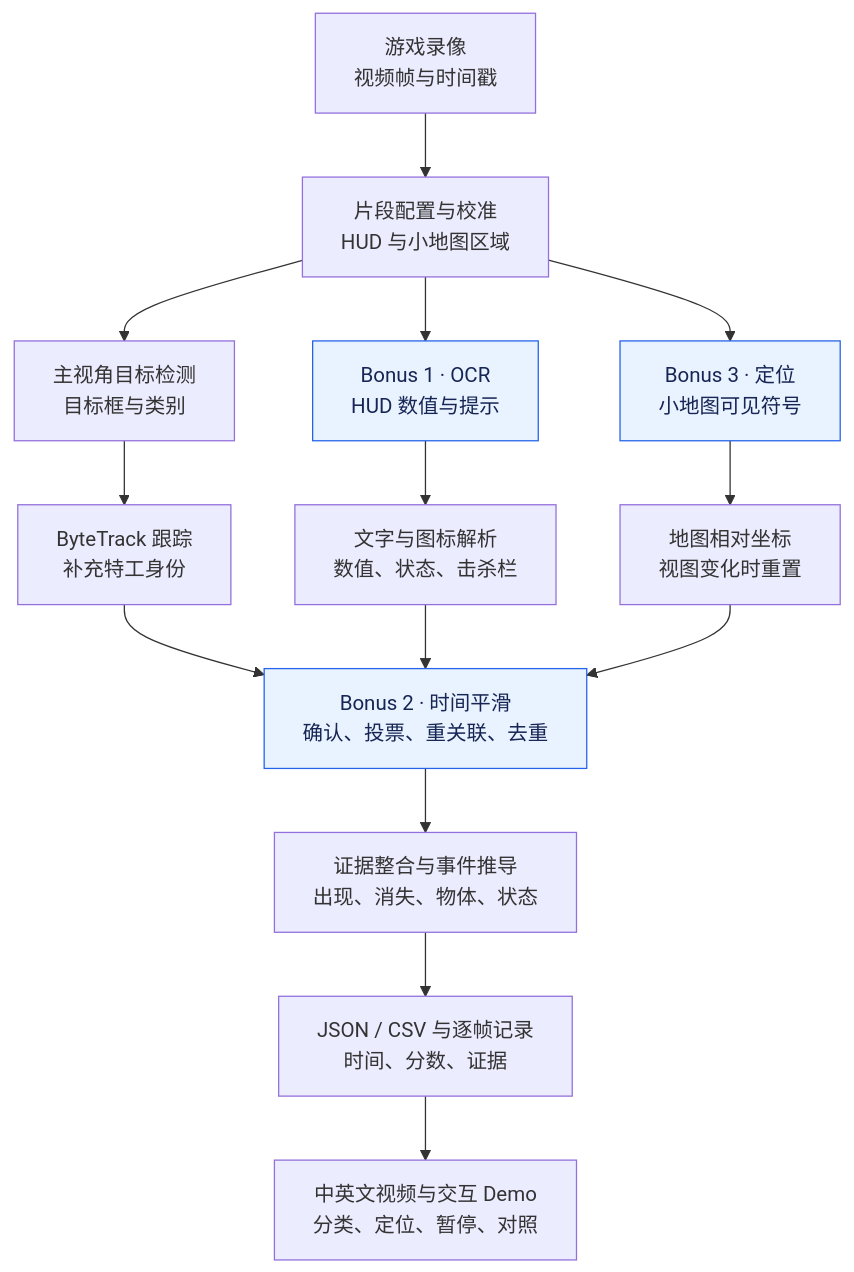
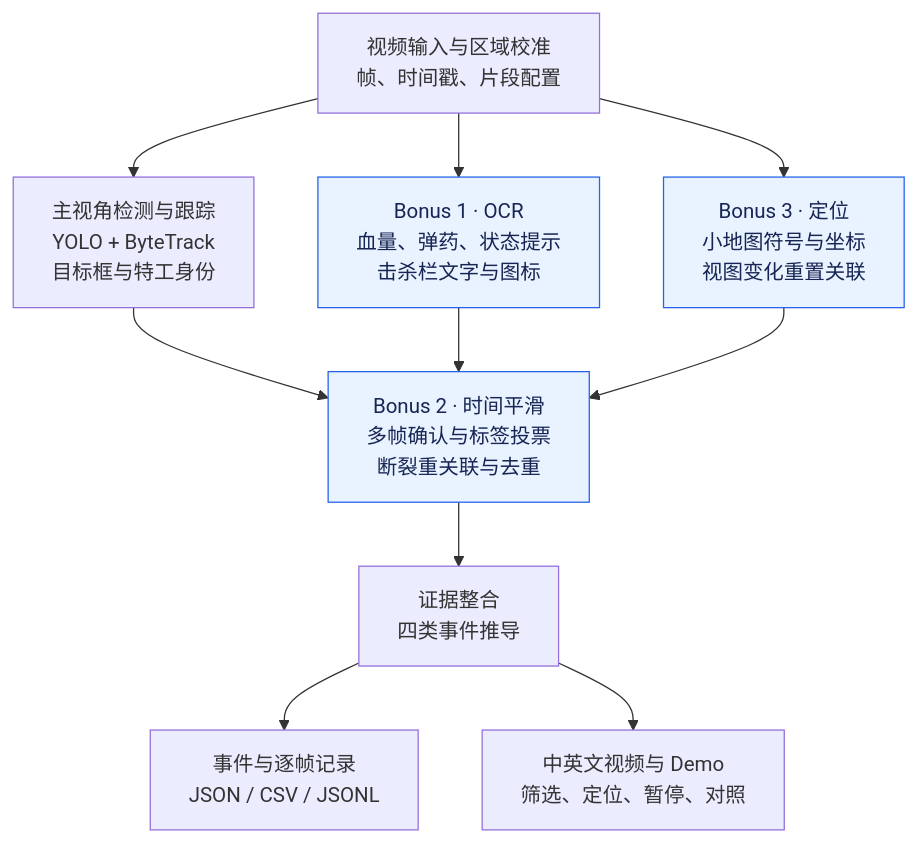
The diagram in README_zh.md (Xuyw041006-arch/valorant-detect), drawn with Mermaid before and after one commit. The commit also changed 2 other files, not shown here.

Commit message:
Group workflow stages into a compact overview

````diff
--- a/README_zh.md
+++ b/README_zh.md
@@ -15,18 +15,14 @@
 ```mermaid
 flowchart TD
-    A["游戏录像<br/>视频帧与时间戳"] --> B["片段配置与校准<br/>HUD 与小地图区域"]
-    B --> C["主视角目标检测<br/>目标框与类别"]
-    B --> D["Bonus 1 · OCR<br/>HUD 数值与提示"]
-    B --> E["Bonus 3 · 定位<br/>小地图可见符号"]
-    C --> F["ByteTrack 跟踪<br/>补充特工身份"]
-    D --> G["文字与图标解析<br/>数值、状态、击杀栏"]
-    E --> H["地图相对坐标<br/>视图变化时重置"]
-    F --> I["Bonus 2 · 时间平滑<br/>确认、投票、重关联、去重"]
-    G --> I
-    H --> I
-    I --> J["证据整合与事件推导<br/>出现、消失、物体、状态"]
-    J --> K["JSON / CSV 与逐帧记录<br/>时间、分数、证据"]
-    K --> L["中英文视频与交互 Demo<br/>分类、定位、暂停、对照"]
+    A["视频输入与区域校准<br/>帧、时间戳、片段配置"] --> B["主视角检测与跟踪<br/>YOLO + ByteTrack<br/>目标框与特工身份"]
+    A --> C["Bonus 1 · OCR<br/>血量、弹药、状态提示<br/>击杀栏文字与图标"]
+    A --> D["Bonus 3 · 定位<br/>小地图符号与坐标<br/>视图变化重置关联"]
+    B --> E["Bonus 2 · 时间平滑<br/>多帧确认与标签投票<br/>断裂重关联与去重"]
+    C --> E
+    D --> E
+    E --> F["证据整合<br/>四类事件推导"]
+    F --> G["事件与逐帧记录<br/>JSON / CSV / JSONL"]
+    F --> H["中英文视频与 Demo<br/>筛选、定位、暂停、对照"]
     classDef bonus fill:#e8f3ff,stroke:#2563eb,color:#172554;
-    class D,E,I bonus;
+    class C,D,E bonus;
 ```
````
